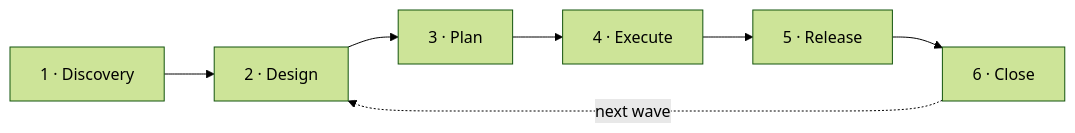
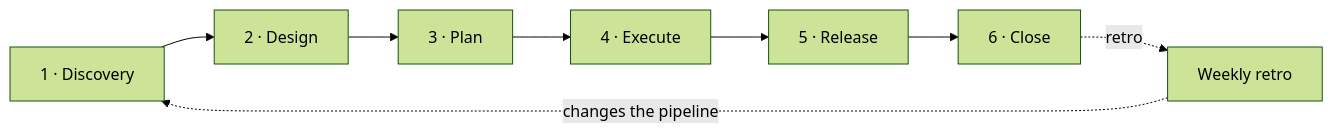
One commit to farias-77/skills changed the diagram in README.md. Above: the diagram before and after it, drawn with Mermaid (forest theme). The commit also changed other lines of this file and 25 other files, not shown here.

First line of the commit message:
feat(close): the close is a retro that changes nothing; the pipeline changes at the weekly retro

````diff
--- a/README.md
+++ b/README.md
@@ -29,9 +29,10 @@
 ```mermaid
 flowchart LR
   D1["1 · Discovery"] --> D2["2 · Design"]
   D2 --> D3["3 · Plan"]
   D3 --> D4["4 · Execute"]
   D4 --> D5["5 · Release"]
   D5 --> D6["6 · Close"]
-  D6 -. "next wave" .-> D2
+  D6 -. "retro" .-> W["Weekly retro"]
+  W -. "changes the pipeline" .-> D1
 ```
````
